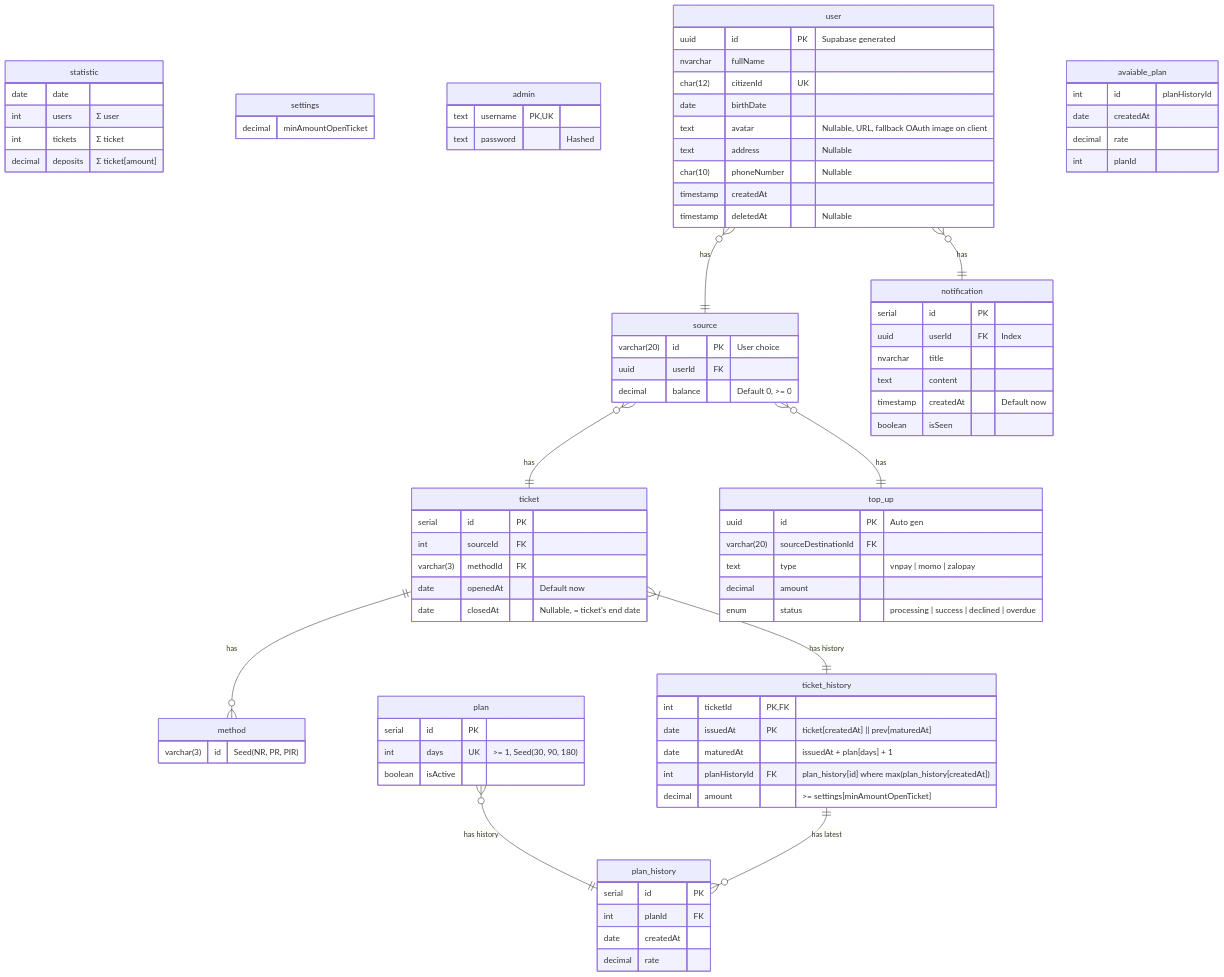
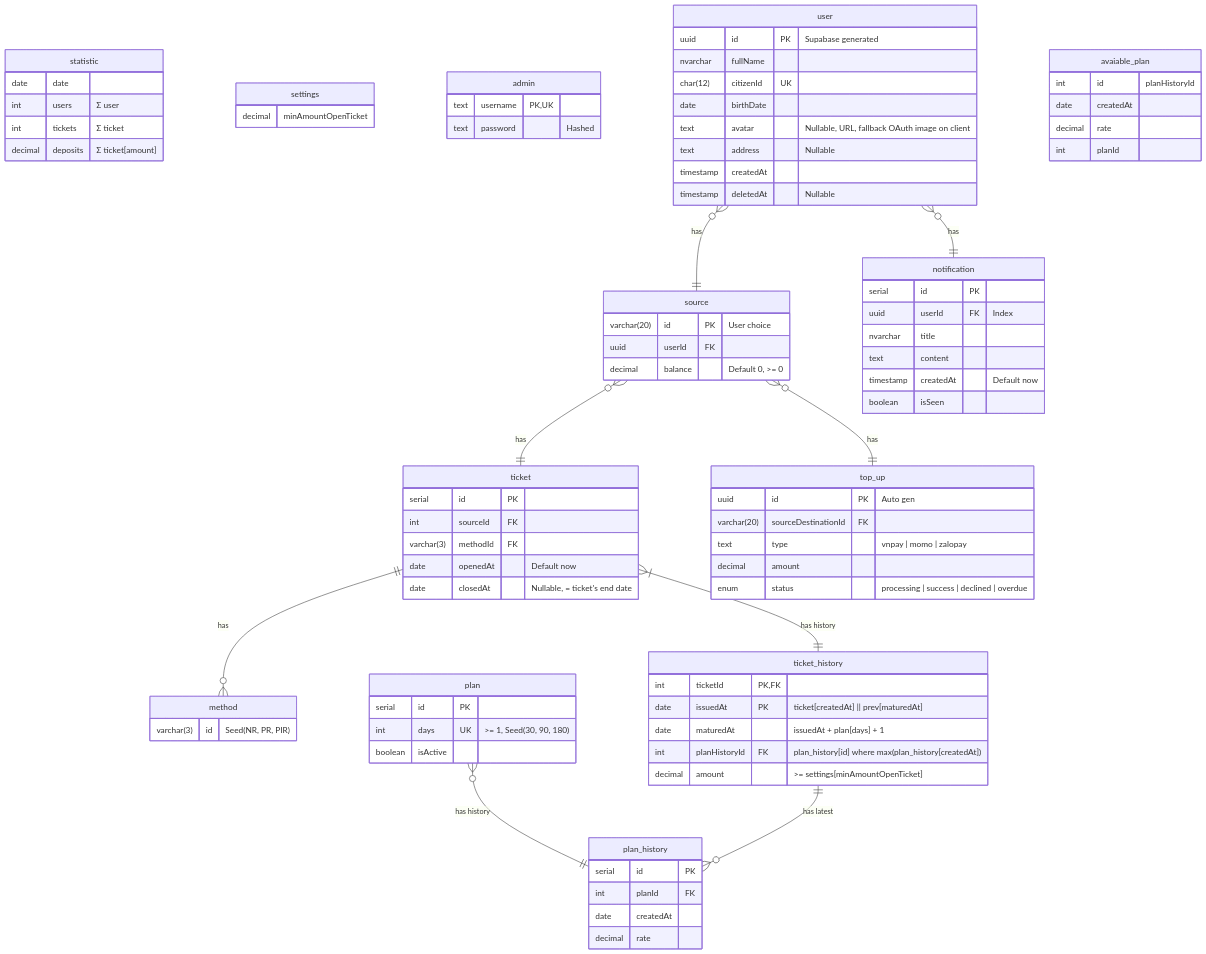
The diagram in docs/diagrams/database.md (coinhub-uit/coinhub-uit.github.io), drawn with Mermaid before and after one commit.

Commit message:
docs(db): remove phone number in user

```diff
--- a/docs/diagrams/database.md
+++ b/docs/diagrams/database.md
@@ -29,7 +29,6 @@
     date birthDate
     text avatar "Nullable, URL, fallback OAuth image on client"
     text address "Nullable"
-    char(10) phoneNumber "Nullable"
     timestamp createdAt
     timestamp deletedAt "Nullable"
   }
```
